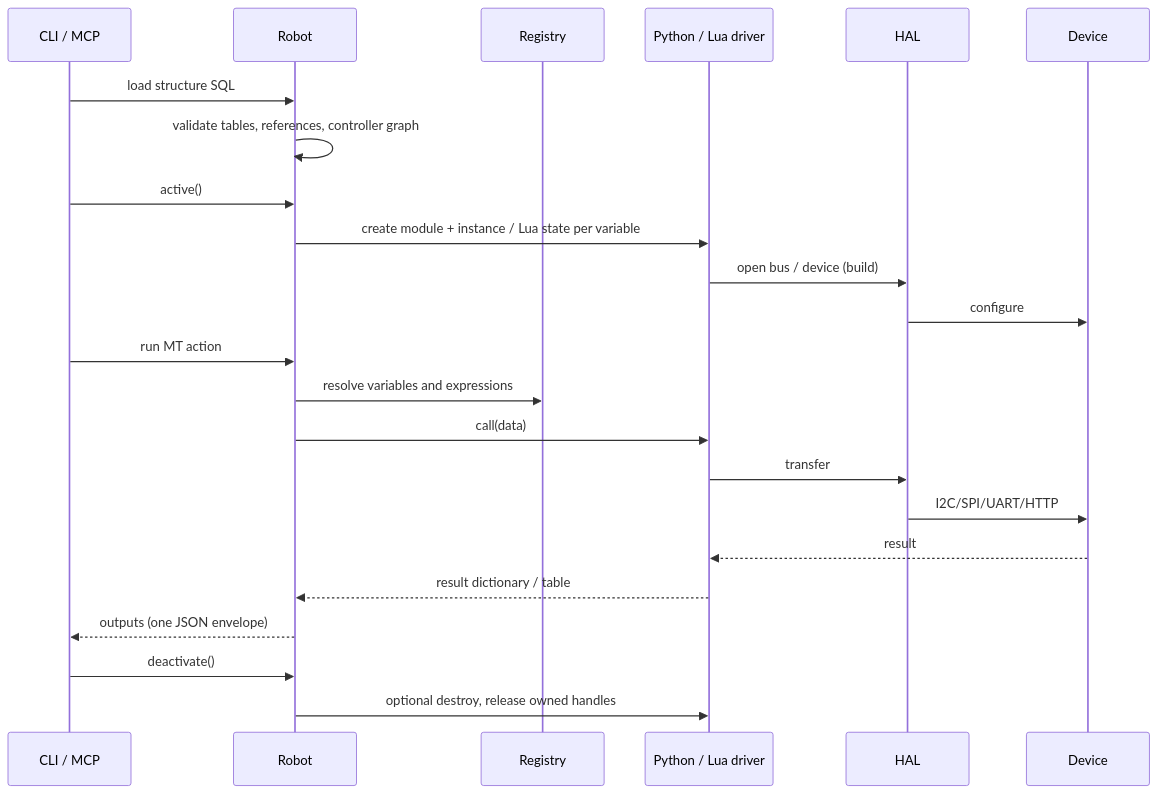
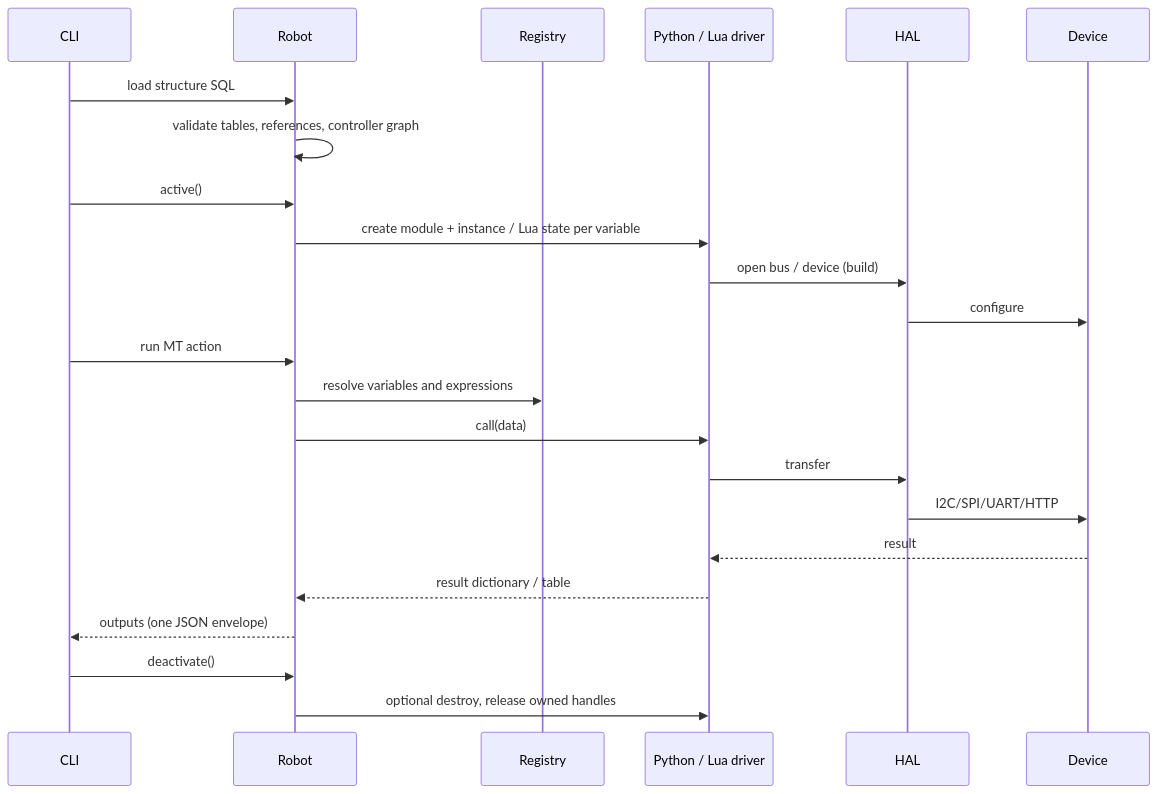
Before and after one commit to gopsc/mybot: the second of 3 diagrams in references/architecture.md, drawn with Mermaid. The commit also changed other lines of this file and 16 other files, not shown here.

````diff
--- a/references/architecture.md
+++ b/references/architecture.md
@@ -80,26 +79,26 @@
 ```mermaid
 sequenceDiagram
-    participant CLI as CLI / MCP
+    participant CLI
     participant Robot
     participant Registry
     participant Driver as Python / Lua driver
     participant HAL
     participant Device
 
     CLI->>Robot: load structure SQL
     Robot->>Robot: validate tables, references, controller graph
     CLI->>Robot: active()
     Robot->>Driver: create module + instance / Lua state per variable
     Driver->>HAL: open bus / device (build)
     HAL->>Device: configure
     CLI->>Robot: run MT action
     Robot->>Registry: resolve variables and expressions
     Robot->>Driver: call(data)
     Driver->>HAL: transfer
     HAL->>Device: I2C/SPI/UART/HTTP
     Device-->>Driver: result
     Driver-->>Robot: result dictionary / table
     Robot-->>CLI: outputs (one JSON envelope)
     CLI->>Robot: deactivate()
     Robot->>Driver: optional destroy, release owned handles
 ```
````
